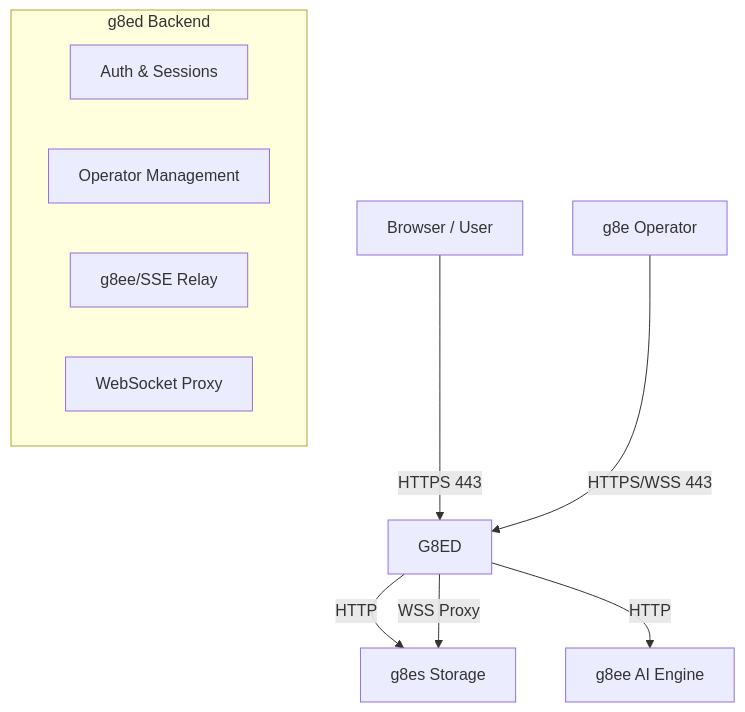
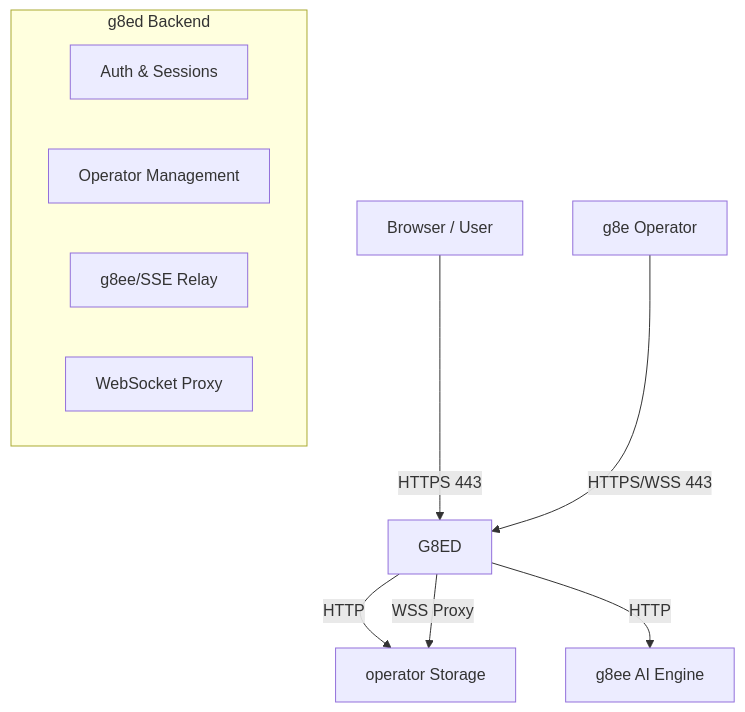
Before and after one commit to g8e-ai/g8e: the diagram in docs/components/g8ed.md, drawn with Mermaid. The commit also changed other lines of this file and 3984 other files, not shown here.

````diff
--- a/docs/components/g8ed.md
+++ b/docs/components/g8ed.md
@@ -31,16 +31,16 @@
 ```mermaid
 graph TD
     Browser[Browser / User] -->|HTTPS 443| G8ED
     Operator[g8e Operator] -->|HTTPS/WSS 443| G8ED
     
     subgraph g8ed [g8ed Backend]
         Auth[Auth & Sessions]
         OpMgmt[Operator Management]
         Relay[g8ee/SSE Relay]
         Proxy[WebSocket Proxy]
     end
     
-    G8ED -->|HTTP| G8ES[g8es Storage]
-    G8ED -->|WSS Proxy| G8ES
+    G8ED -->|HTTP| OPERATOR[operator Storage]
+    G8ED -->|WSS Proxy| OPERATOR
     G8ED -->|HTTP| G8EE[g8ee AI Engine]
 ```
````
